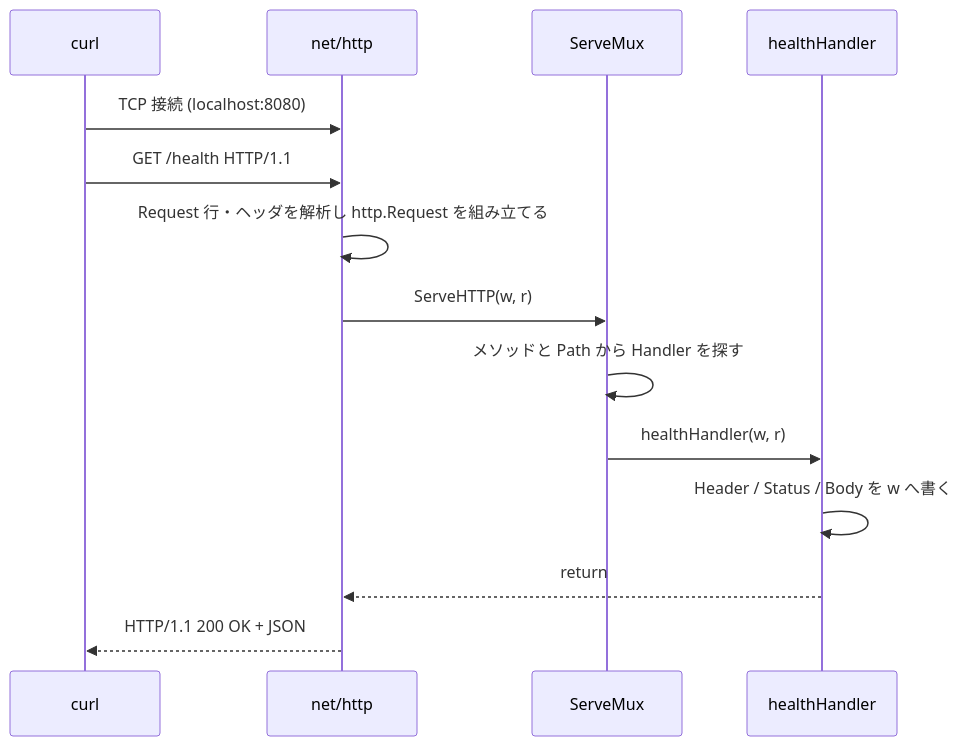
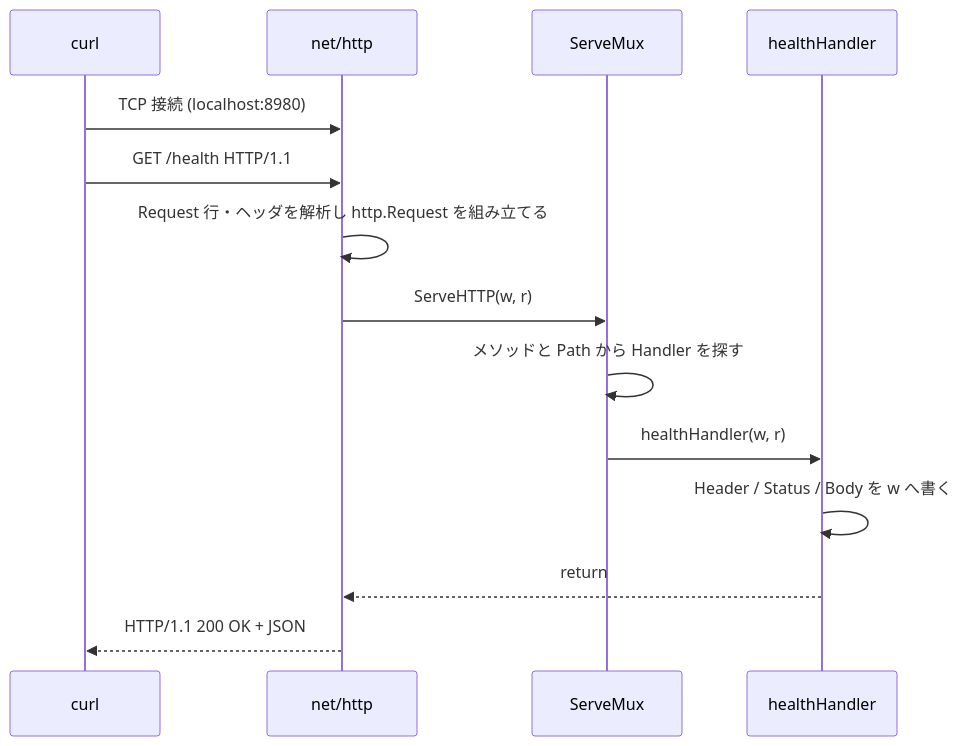
One commit to KenzoKasahara/go_kanban_webapp_hands_on changed the diagram in docs/chapter/chapter01_http.md. Above: the diagram before and after it, drawn with Mermaid. The commit also changed other lines of this file and 44 other files, not shown here.

````diff
--- a/docs/chapter/chapter01_http.md
+++ b/docs/chapter/chapter01_http.md
@@ -494,17 +498,17 @@
 ```mermaid
 sequenceDiagram
     participant C as curl
     participant N as net/http
     participant M as ServeMux
     participant H as healthHandler
 
-    C->>N: TCP 接続 (localhost:8080)
+    C->>N: TCP 接続 (localhost:8980)
     C->>N: GET /health HTTP/1.1
     N->>N: Request 行・ヘッダを解析し http.Request を組み立てる
     N->>M: ServeHTTP(w, r)
     M->>M: メソッドと Path から Handler を探す
     M->>H: healthHandler(w, r)
     H->>H: Header / Status / Body を w へ書く
     H-->>N: return
     N-->>C: HTTP/1.1 200 OK + JSON
 ```
````
